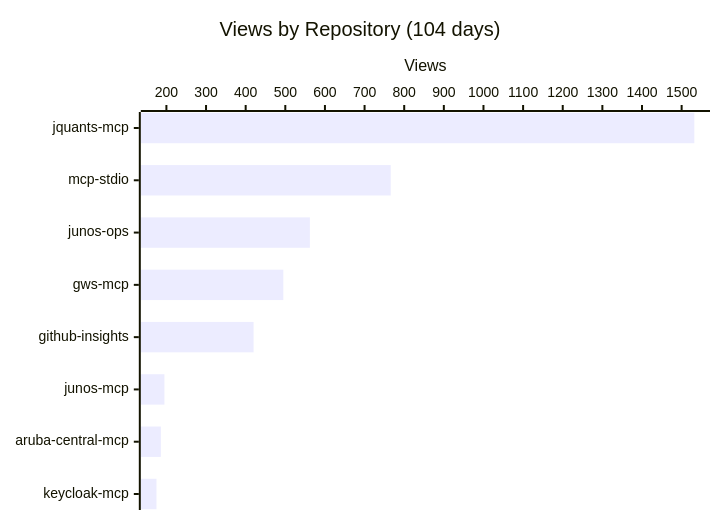
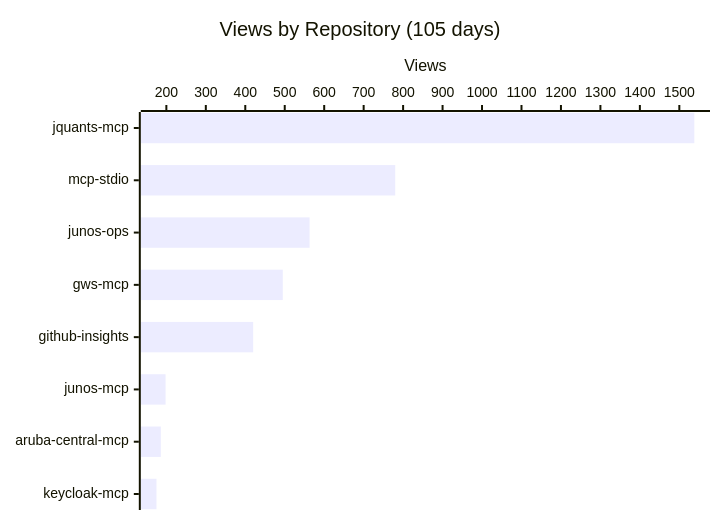
The first of 3 diagrams in README.md (shigechika/github-insights), drawn with Mermaid before and after one commit. The commit also changed other lines of this file and 2 other files, not shown here.

````diff
--- a/README.md
+++ b/README.md
@@ -18,7 +18,7 @@
 ```mermaid
 xychart-beta horizontal
-    title "Views by Repository (104 days)"
+    title "Views by Repository (105 days)"
     x-axis ["jquants-mcp", "mcp-stdio", "junos-ops", "gws-mcp", "github-insights", "junos-mcp", "aruba-central-mcp", "keycloak-mcp"]
     y-axis "Views"
-    bar [1532, 766, 562, 495, 420, 195, 186, 175]
+    bar [1538, 780, 563, 495, 420, 198, 186, 175]
 ```
````
